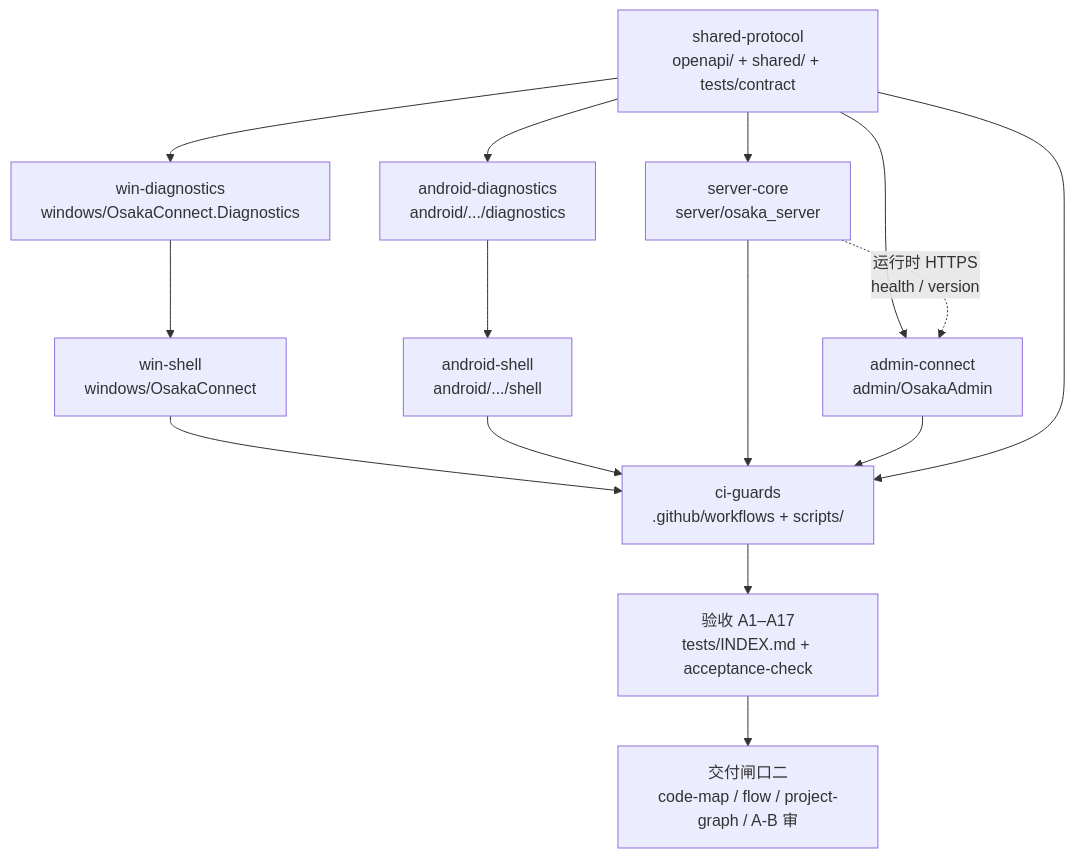
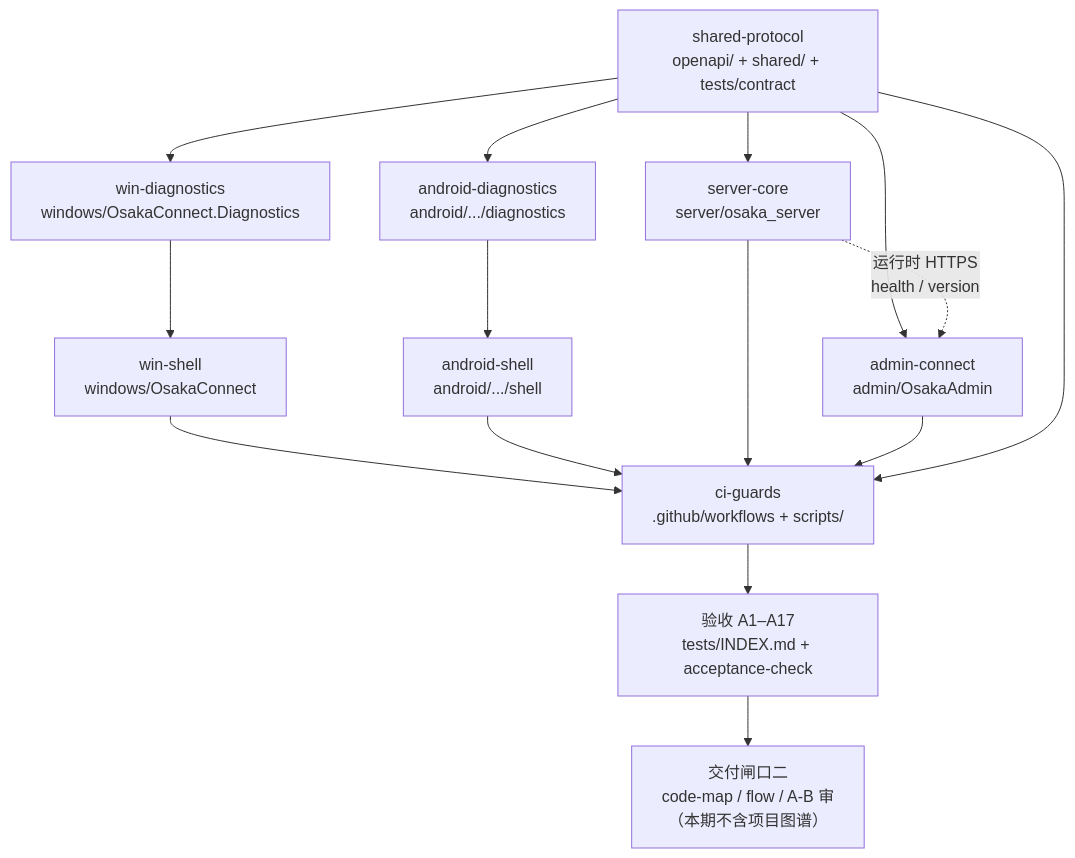
One commit to Yarrow-he/OsakaConnect changed the diagram in docs/delivery/v0.1.0/flow.mmd. Above: the diagram before and after it, drawn with Mermaid. The commit also changed 3 other files, not shown here.

First line of the commit message:
按 Yarrow 09:57：本期不交图谱，解阻塞并改交付文档

```diff
--- a/docs/delivery/v0.1.0/flow.mmd
+++ b/docs/delivery/v0.1.0/flow.mmd
@@ -1,21 +1,21 @@
 flowchart TD
   shared["shared-protocol<br/>openapi/ + shared/ + tests/contract"]
 
   shared --> winDiag["win-diagnostics<br/>windows/OsakaConnect.Diagnostics"]
   shared --> andDiag["android-diagnostics<br/>android/.../diagnostics"]
   shared --> server["server-core<br/>server/osaka_server"]
   shared --> admin["admin-connect<br/>admin/OsakaAdmin"]
 
   winDiag --> winShell["win-shell<br/>windows/OsakaConnect"]
   andDiag --> andShell["android-shell<br/>android/.../shell"]
 
   server -.->|"运行时 HTTPS<br/>health / version"| admin
 
   winShell --> ci["ci-guards<br/>.github/workflows + scripts/"]
   andShell --> ci
   server --> ci
   admin --> ci
   shared --> ci
 
   ci --> accept["验收 A1–A17<br/>tests/INDEX.md + acceptance-check"]
-  accept --> delivery["交付闸口二<br/>code-map / flow / project-graph / A-B 审"]
+  accept --> delivery["交付闸口二<br/>code-map / flow / A-B 审<br/>（本期不含项目图谱）"]
```
